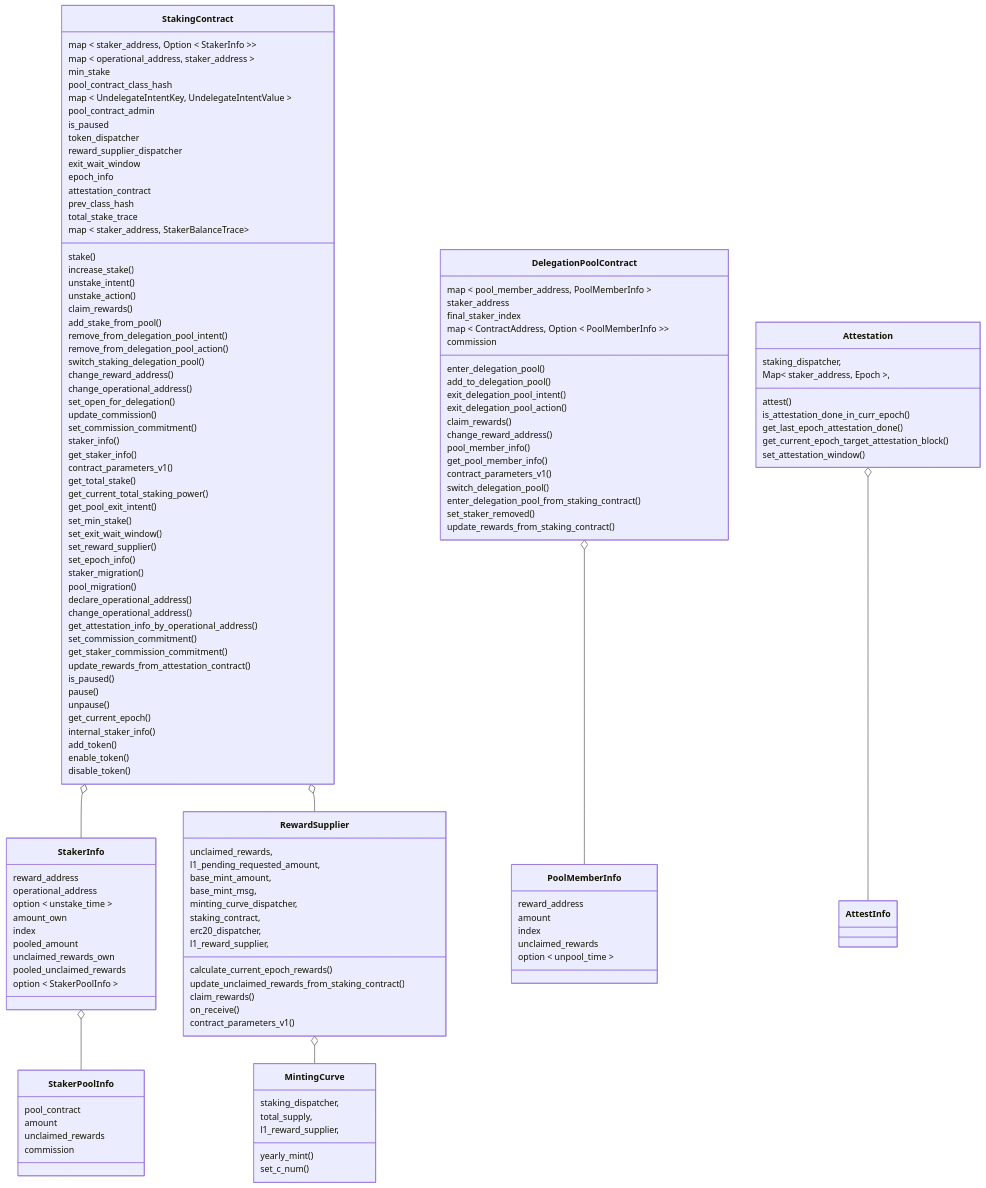
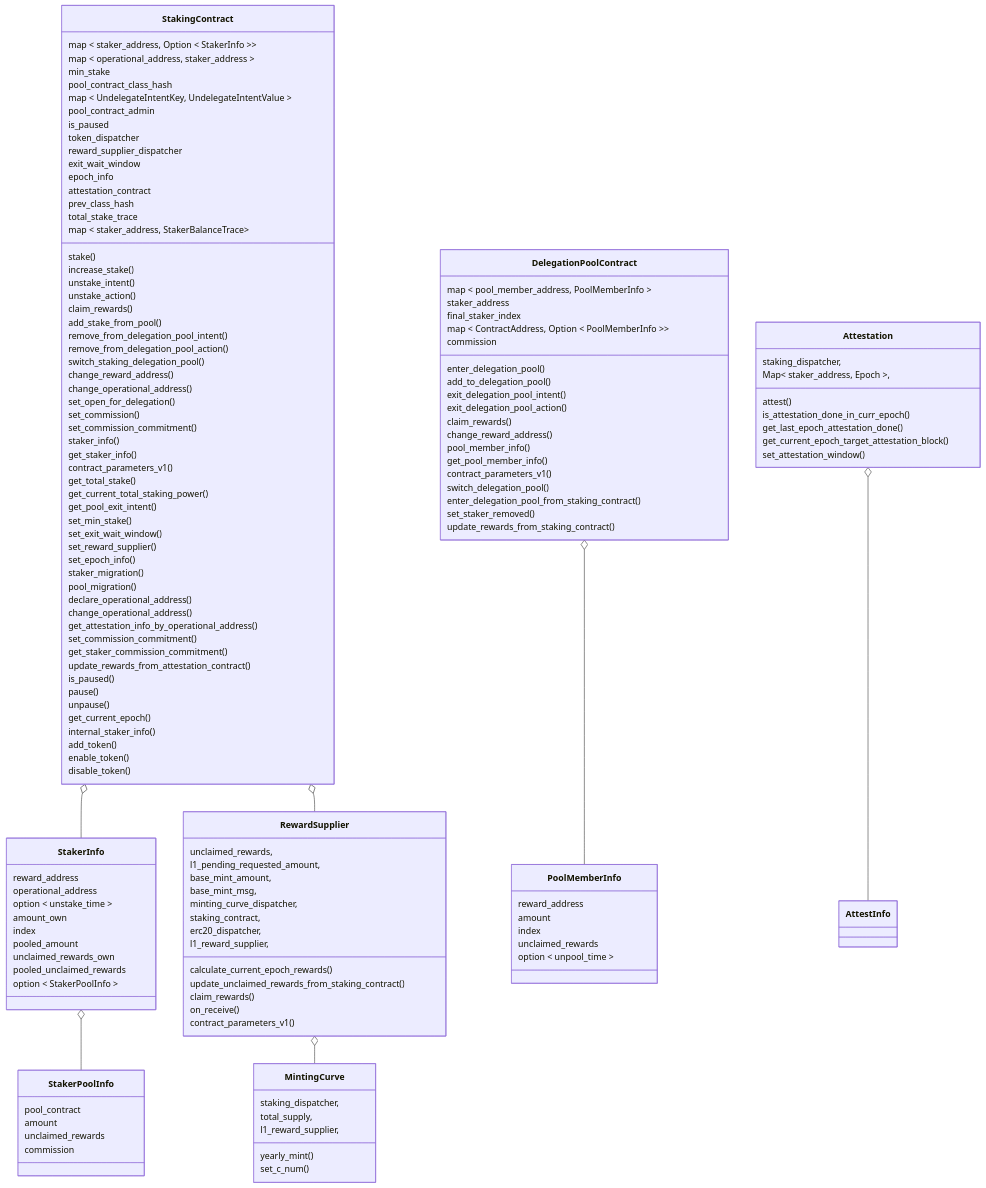
One commit to starkware-libs/starknet-staking changed the first of 8 diagrams in workspace/apps/staking/docs/spec.md. Above: the diagram before and after it, drawn with Mermaid. The commit also changed other lines of this file and 6 other files, not shown here.

Commit message:
feat(staking): set commission (#4337)

```diff
--- a/workspace/apps/staking/docs/spec.md
+++ b/workspace/apps/staking/docs/spec.md
@@ -263,7 +263,7 @@
     change_reward_address()
     change_operational_address()
     set_open_for_delegation()
-    update_commission()
+    set_commission()
     set_commission_commitment()
     staker_info()
     get_staker_info()
```
